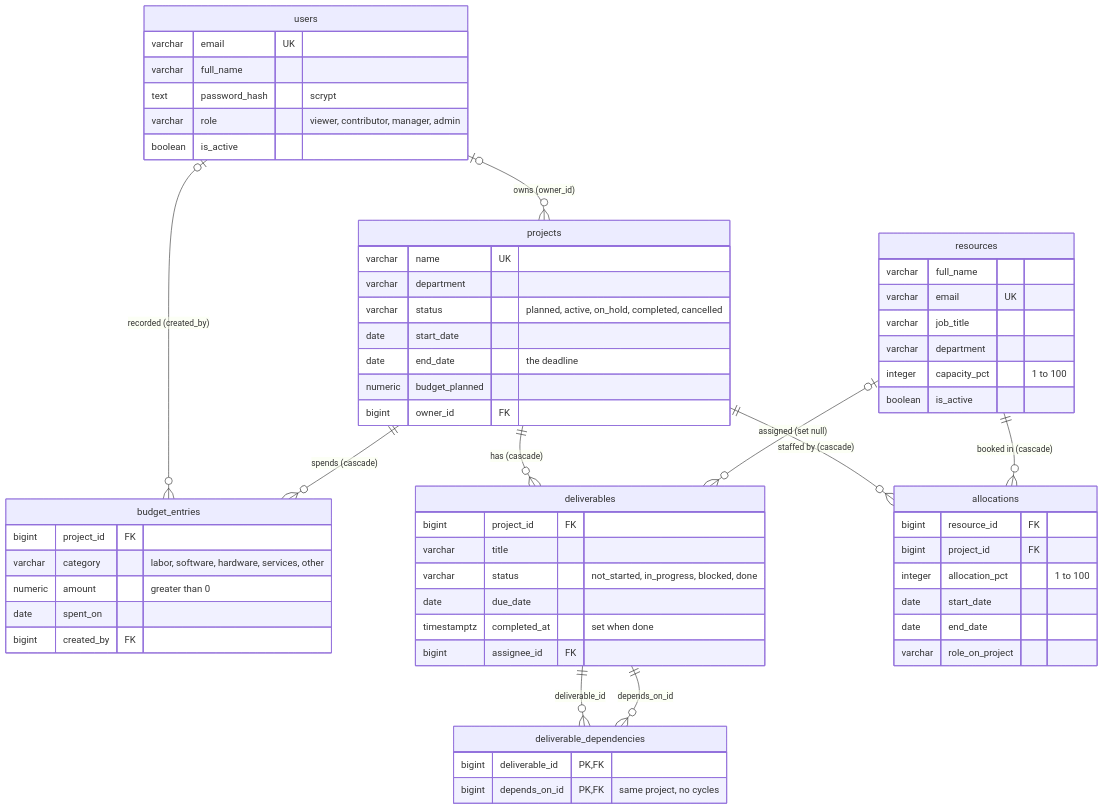
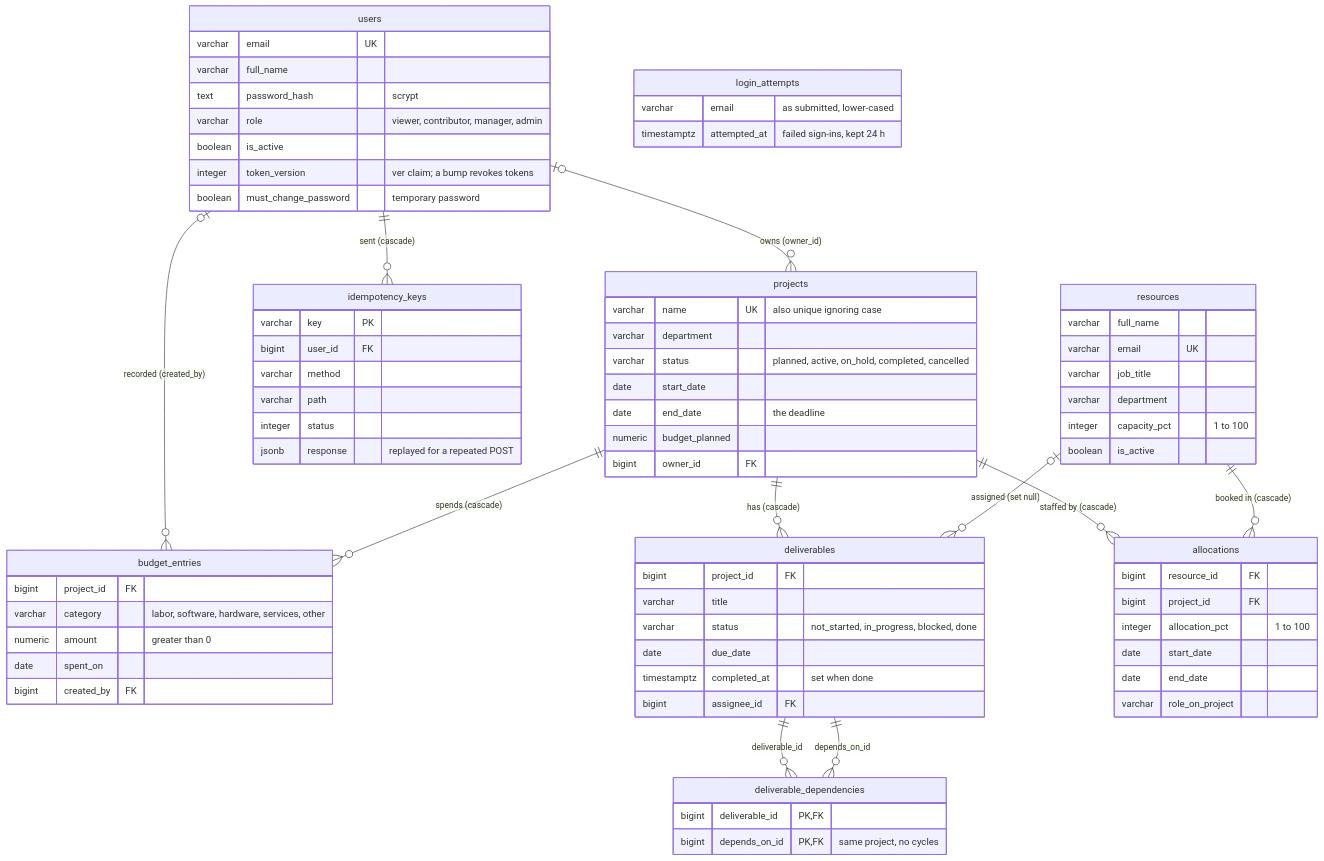
Before and after one commit to Jowan69/coding-workshop-participant: the second of 2 diagrams in README.md, drawn with Mermaid. The commit also changed other lines of this file and 132 other files, not shown here.

````diff
--- a/README.md
+++ b/README.md
@@ -71,64 +93,79 @@
 ```mermaid
 erDiagram
     users |o--o{ projects : "owns (owner_id)"
     users |o--o{ budget_entries : "recorded (created_by)"
+    users ||--o{ idempotency_keys : "sent (cascade)"
     projects ||--o{ deliverables : "has (cascade)"
     projects ||--o{ allocations : "staffed by (cascade)"
     projects ||--o{ budget_entries : "spends (cascade)"
     resources ||--o{ allocations : "booked in (cascade)"
     resources |o--o{ deliverables : "assigned (set null)"
     deliverables ||--o{ deliverable_dependencies : "deliverable_id"
     deliverables ||--o{ deliverable_dependencies : "depends_on_id"
 
     users {
         varchar email UK
         varchar full_name
         text password_hash "scrypt"
         varchar role "viewer, contributor, manager, admin"
         boolean is_active
+        integer token_version "ver claim; a bump revokes tokens"
+        boolean must_change_password "temporary password"
+    }
+    login_attempts {
+        varchar email "as submitted, lower-cased"
+        timestamptz attempted_at "failed sign-ins, kept 24 h"
+    }
+    idempotency_keys {
+        varchar key PK
+        bigint user_id FK
+        varchar method
+        varchar path
+        integer status
+        jsonb response "replayed for a repeated POST"
     }
     projects {
-        varchar name UK
+        varchar name UK "also unique ignoring case"
         varchar department
         varchar status "planned, active, on_hold, completed, cancelled"
         date start_date
         date end_date "the deadline"
         numeric budget_planned
         bigint owner_id FK
     }
     deliverables {
         bigint project_id FK
         varchar title
         varchar status "not_started, in_progress, blocked, done"
         date due_date
         timestamptz completed_at "set when done"
         bigint assignee_id FK
     }
     deliverable_dependencies {
         bigint deliverable_id PK, FK
         bigint depends_on_id PK, FK "same project, no cycles"
     }
     resources {
         varchar full_name
         varchar email UK
         varchar job_title
         varchar department
         integer capacity_pct "1 to 100"
         boolean is_active
     }
     allocations {
         bigint resource_id FK
         bigint project_id FK
         integer allocation_pct "1 to 100"
         date start_date
         date end_date
         varchar role_on_project
     }
     budget_entries {
         bigint project_id FK
         varchar category "labor, software, hardware, services, other"
         numeric amount "greater than 0"
         date spent_on
         bigint created_by FK
     }
 ```
````
